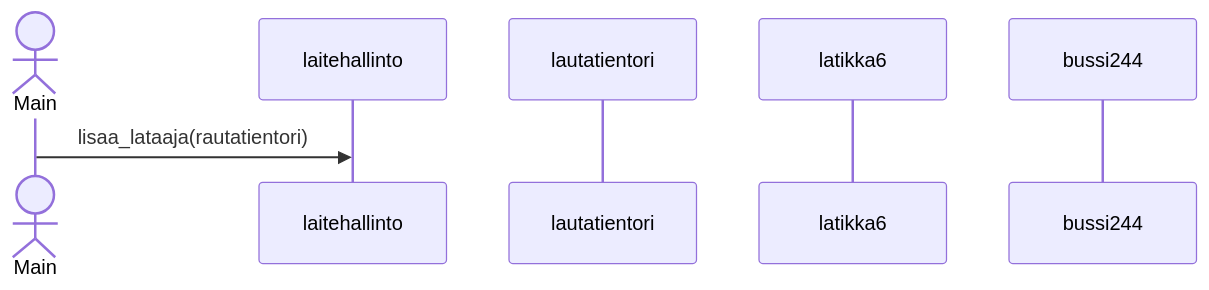
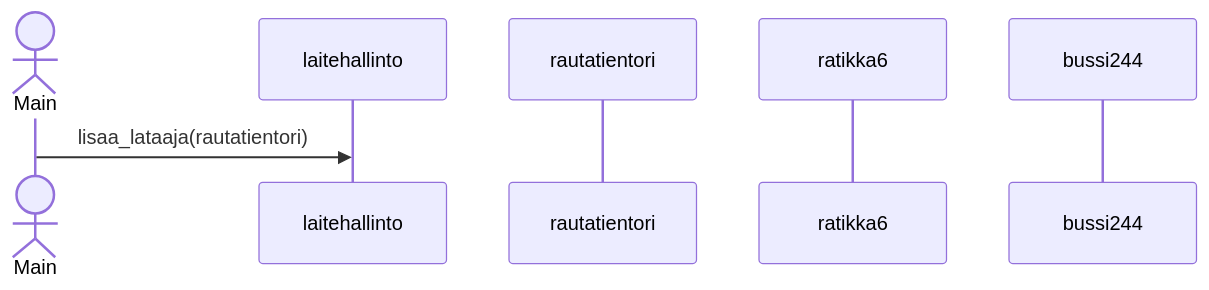
The diagram in laskarit/viikko3/sekvenssikaavio.md (Germuu/ot-harjoitusty-), drawn with Mermaid before and after one commit.

````diff
--- a/laskarit/viikko3/sekvenssikaavio.md
+++ b/laskarit/viikko3/sekvenssikaavio.md
@@ -1,12 +1,12 @@
 ```mermaid
 sequenceDiagram
   actor Main
   participant laitehallinto
-  participant lautatientori
-  participant latikka6
+  participant rautatientori
+  participant ratikka6
   participant bussi244
 
   Main ->> laitehallinto : lisaa_lataaja(rautatientori)
 
  
 ```
````
